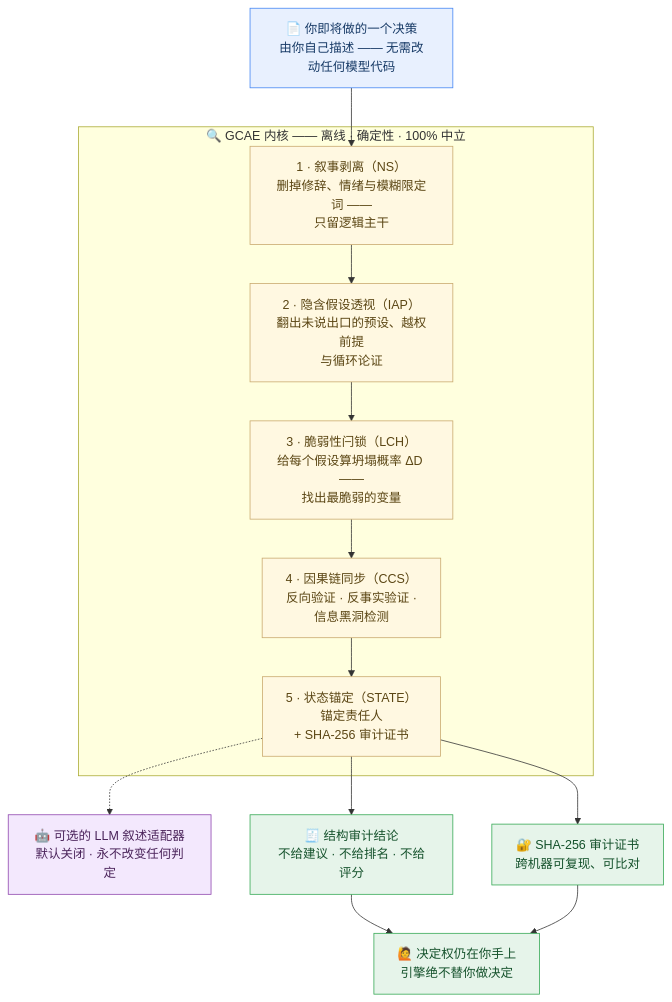
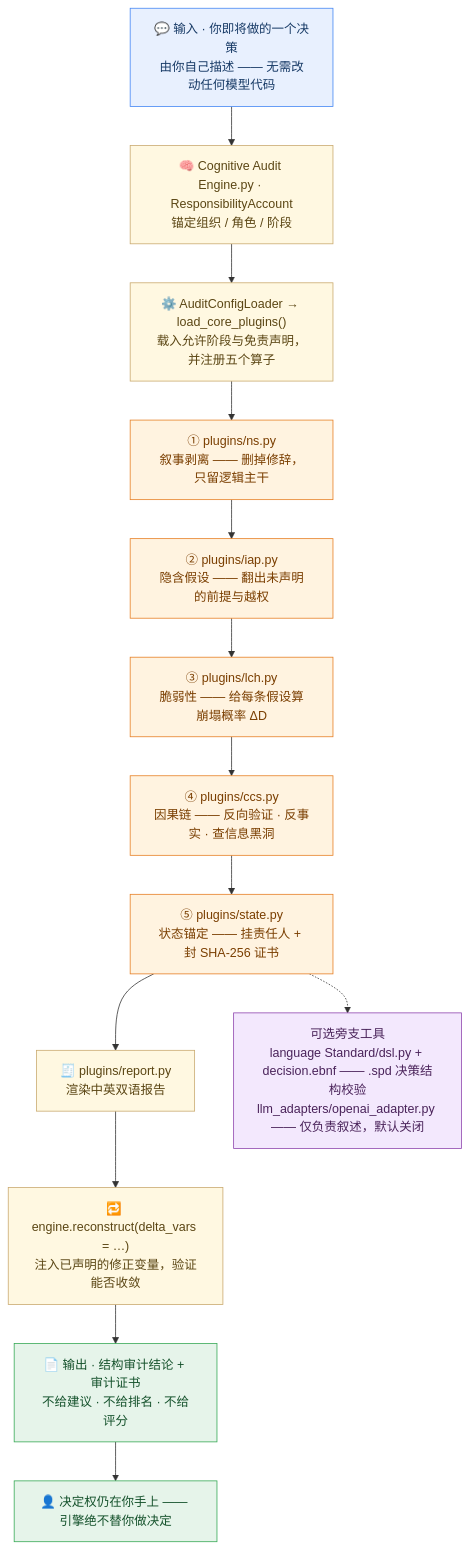
One commit to NOHN-AI/second-perspective changed the diagram in README-zh.md. Above: the diagram before and after it, drawn with Mermaid. The commit also changed other lines of this file and 1 other file, not shown here.

Commit message:
docs: redraw architecture as a module-level flowchart (EN+ZH)

````diff
--- a/README-zh.md
+++ b/README-zh.md
@@ -40,37 +40,45 @@
 ```mermaid
 flowchart TB
-    IN["📄 你即将做的一个决策<br/>由你自己描述 —— 无需改动任何模型代码"]
+    IN["💬 输入 · 你即将做的一个决策<br/>由你自己描述 —— 无需改动任何模型代码"]
 
-    subgraph CORE["🔍 GCAE 内核 —— 离线 · 确定性 · 100% 中立"]
-        P1["1 · 叙事剥离（NS）<br/>删掉修辞、情绪与模糊限定词 ——<br/>只留逻辑主干"]
-        P2["2 · 隐含假设透视（IAP）<br/>翻出未说出口的预设、越权前提<br/>与循环论证"]
-        P3["3 · 脆弱性闩锁（LCH）<br/>给每个假设算坍塌概率 ΔD ——<br/>找出最脆弱的变量"]
-        P4["4 · 因果链同步（CCS）<br/>反向验证 · 反事实验证 ·<br/>信息黑洞检测"]
-        P5["5 · 状态锚定（STATE）<br/>锚定责任人<br/>+ SHA-256 审计证书"]
-    end
+    E1["🧠 Cognitive Audit Engine.py · ResponsibilityAccount<br/>锚定组织 / 角色 / 阶段"]
+    E2["⚙️ AuditConfigLoader → load_core_plugins()<br/>载入允许阶段与免责声明，<br/>并注册五个算子"]
 
-    LLM["🤖 可选的 LLM 叙述适配器<br/>默认关闭 · 永不改变任何判定"]
-    OUT1["🧾 结构审计结论<br/>不给建议 · 不给排名 · 不给评分"]
-    OUT2["🔐 SHA-256 审计证书<br/>跨机器可复现、可比对"]
-    HUMAN["🙋 决定权仍在你手上<br/>引擎绝不替你做决定"]
+    A1["① plugins/ns.py<br/>叙事剥离 —— 删掉修辞，只留逻辑主干"]
+    A2["② plugins/iap.py<br/>隐含假设 —— 翻出未声明的前提与越权"]
+    A3["③ plugins/lch.py<br/>脆弱性 —— 给每条假设算崩塌概率 ΔD"]
+    A4["④ plugins/ccs.py<br/>因果链 —— 反向验证 · 反事实 · 查信息黑洞"]
+    A5["⑤ plugins/state.py<br/>状态锚定 —— 挂责任人 + 封 SHA-256 证书"]
 
-    IN --> P1
-    P1 --> P2
-    P2 --> P3
-    P3 --> P4
-    P4 --> P5
-    P5 --> OUT1
-    P5 --> OUT2
-    P5 -.-> LLM
-    OUT1 --> HUMAN
-    OUT2 --> HUMAN
+    R["🧾 plugins/report.py<br/>渲染中英双语报告"]
+    RC["🔁 engine.reconstruct(delta_vars = …)<br/>注入已声明的修正变量，验证能否收敛"]
+
+    SIDE["可选旁支工具<br/>language Standard/dsl.py + decision.ebnf —— .spd 决策结构校验<br/>llm_adapters/openai_adapter.py —— 仅负责叙述，默认关闭"]
+
+    OUT["📄 输出 · 结构审计结论 + 审计证书<br/>不给建议 · 不给排名 · 不给评分"]
+    HUMAN["👤 决定权仍在你手上 —— 引擎绝不替你做决定"]
+
+    IN --> E1
+    E1 --> E2
+    E2 --> A1
+    A1 --> A2
+    A2 --> A3
+    A3 --> A4
+    A4 --> A5
+    A5 --> R
+    R --> RC
+    RC --> OUT
+    OUT --> HUMAN
+    A5 -.-> SIDE
 
     classDef cIn fill:#E8F0FE,stroke:#4285F4,stroke-width:1px,color:#173A66
-    classDef cOp fill:#FFF8E1,stroke:#C9A96E,stroke-width:1px,color:#5B4614
+    classDef cEng fill:#FFF8E1,stroke:#C9A96E,stroke-width:1px,color:#5B4614
+    classDef cOp fill:#FFF3E0,stroke:#E67E22,stroke-width:1px,color:#7A3E00
+    classDef cSide fill:#F3E8FD,stroke:#8E44AD,stroke-width:1px,color:#4A235A
     classDef cOut fill:#E6F4EA,stroke:#34A853,stroke-width:1px,color:#14512B
-    classDef cLlm fill:#F3E8FD,stroke:#8E44AD,stroke-width:1px,color:#4A235A
     class IN cIn
-    class P1,P2,P3,P4,P5 cOp
-    class LLM cLlm
-    class OUT1,OUT2,HUMAN cOut
+    class E1,E2,R,RC cEng
+    class A1,A2,A3,A4,A5 cOp
+    class SIDE cSide
+    class OUT,HUMAN cOut
 ```
````
